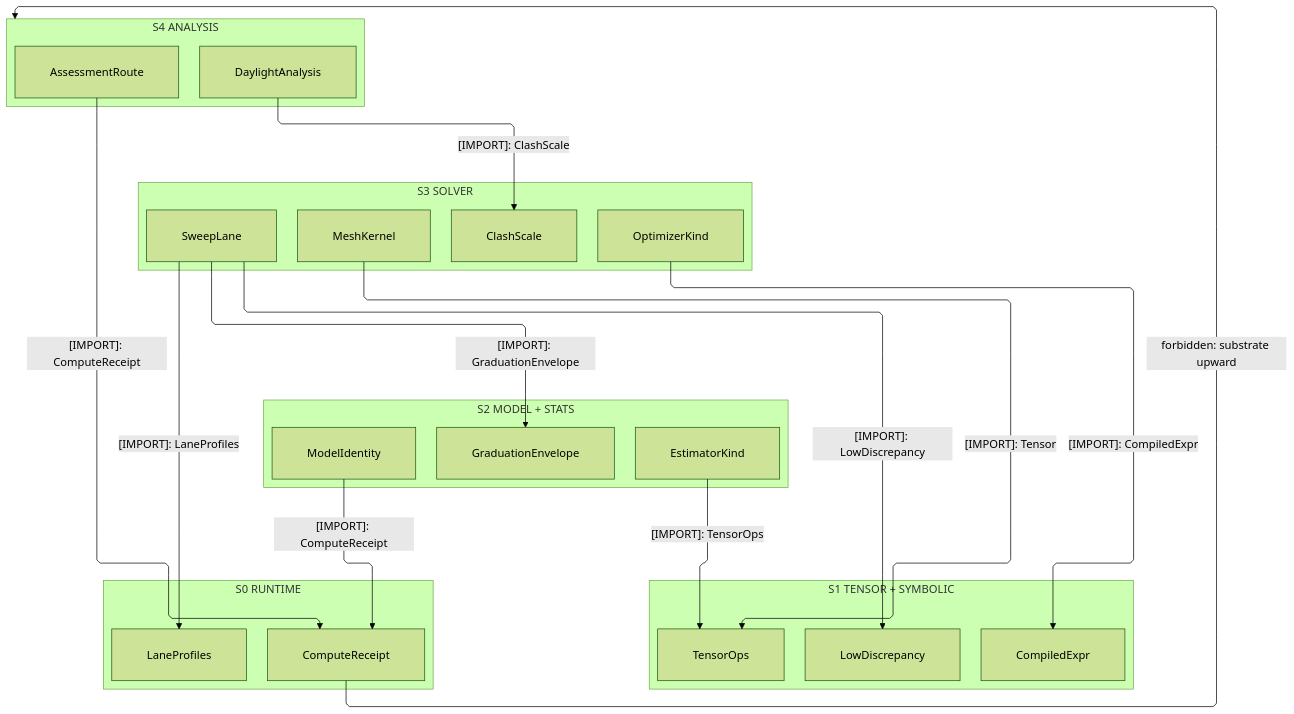
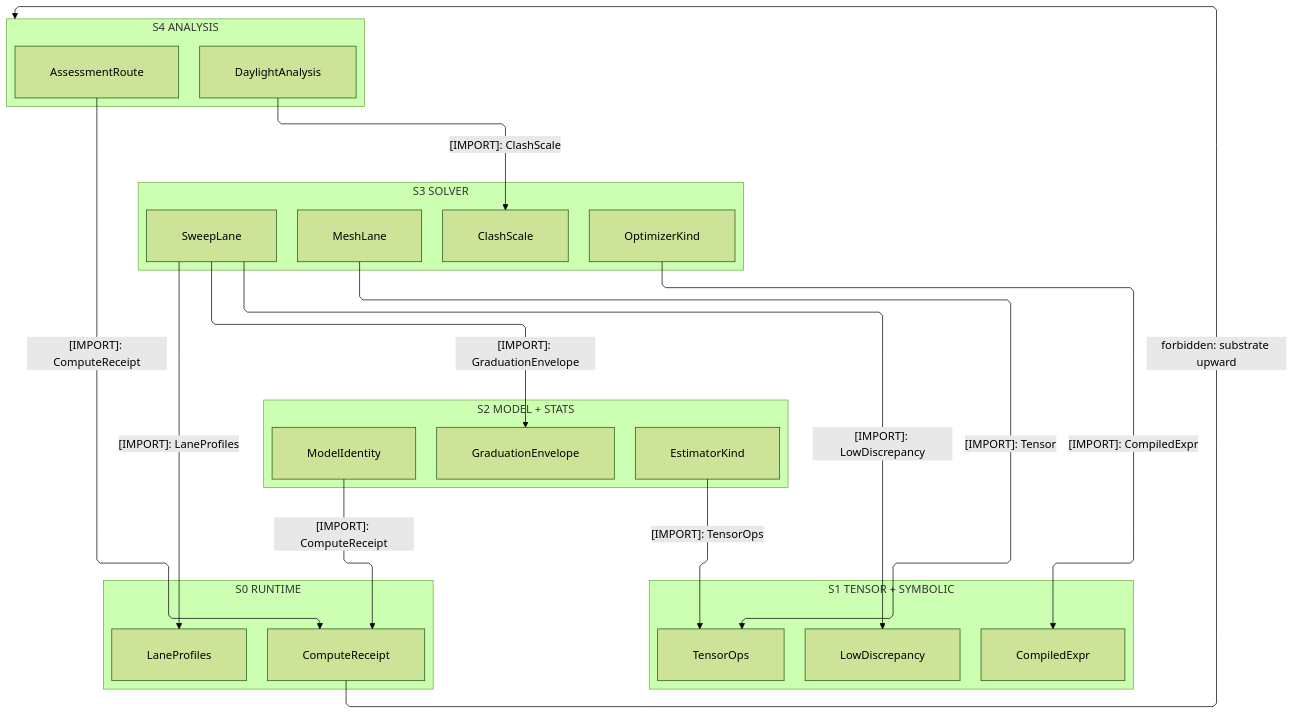
The first of 4 diagrams in libs/csharp/Rasm.Compute/ARCHITECTURE.md (bsamiee/Rasm), drawn with Mermaid (forest theme) before and after one commit. The commit also changed other lines of this file and 55 other files, not shown here.

````diff
--- a/libs/csharp/Rasm.Compute/ARCHITECTURE.md
+++ b/libs/csharp/Rasm.Compute/ARCHITECTURE.md
@@ -81,46 +99,46 @@
 ```mermaid
 ---
 config:
   layout: elk
   flowchart:
     curve: linear
     padding: 25
 ---
 flowchart TB
     accTitle: Rasm.Compute interior strata
     accDescr: How the assessment rail composes the solver, model, numeric, and substrate ranks with no upward import.
     subgraph S4["S4 ANALYSIS"]
         Assessment[AssessmentRoute]
         Daylight[DaylightAnalysis]
     end
     subgraph S3["S3 SOLVER"]
         Sweep[SweepLane]
-        Mesh[MeshKernel]
+        Mesh[MeshLane]
         Optimizer[OptimizerKind]
         Clash[ClashScale]
     end
     subgraph S2["S2 MODEL + STATS"]
         Envelope[GraduationEnvelope]
         Identity[ModelIdentity]
         Estimator[EstimatorKind]
     end
     subgraph S1["S1 TENSOR + SYMBOLIC"]
         Sampling[LowDiscrepancy]
         Ops[TensorOps]
         Compiled[CompiledExpr]
     end
     subgraph S0["S0 RUNTIME"]
         Receipt[ComputeReceipt]
         Lane[LaneProfiles]
     end
     Assessment e1@-->|"[IMPORT]: ComputeReceipt"| Receipt
     Daylight e2@-->|"[IMPORT]: ClashScale"| Clash
     Sweep e3@-->|"[IMPORT]: GraduationEnvelope"| Envelope
     Optimizer e4@-->|"[IMPORT]: CompiledExpr"| Compiled
     Sweep e5@-->|"[IMPORT]: LowDiscrepancy"| Sampling
     Estimator e6@-->|"[IMPORT]: TensorOps"| Ops
     Identity e7@-->|"[IMPORT]: ComputeReceipt"| Receipt
     Mesh e8@-->|"[IMPORT]: Tensor<T>"| Ops
     Sweep e9@-->|"[IMPORT]: LaneProfiles"| Lane
     Receipt f1@-->|"forbidden: substrate upward"| S4
 ```
````
